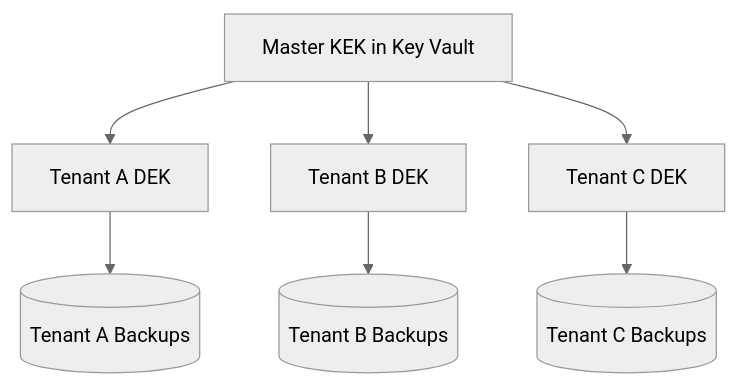
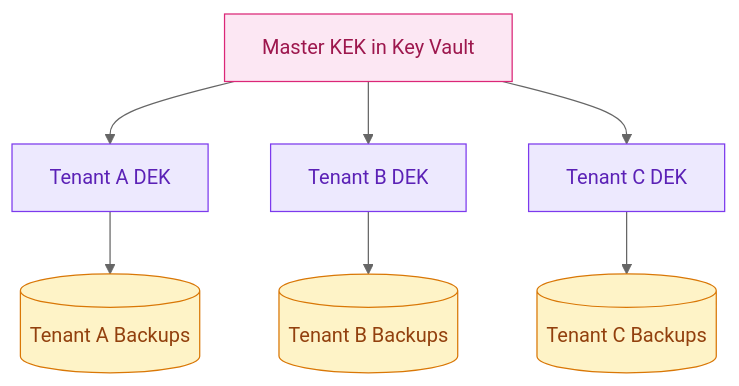
The second of 3 diagrams in docs/SECURITY.md (gpatwa/m365-vault), drawn with Mermaid (neutral theme) before and after one commit. The commit also changed other lines of this file and 2 other files, not shown here.

First line of the commit message:
fix: bigger diagrams + colors on all Security doc Mermaid charts

````diff
--- a/docs/SECURITY.md
+++ b/docs/SECURITY.md
@@ -31,9 +36,12 @@
 ```mermaid
 graph TB
-    KEK[Master KEK in Key Vault] --> DEK1[Tenant A DEK]
-    KEK --> DEK2[Tenant B DEK]
-    KEK --> DEK3[Tenant C DEK]
-    DEK1 --> Data1[(Tenant A Backups)]
-    DEK2 --> Data2[(Tenant B Backups)]
-    DEK3 --> Data3[(Tenant C Backups)]
+    KEK[Master KEK in Key Vault]:::master --> DEK1[Tenant A DEK]:::key
+    KEK --> DEK2[Tenant B DEK]:::key
+    KEK --> DEK3[Tenant C DEK]:::key
+    DEK1 --> Data1[(Tenant A Backups)]:::data
+    DEK2 --> Data2[(Tenant B Backups)]:::data
+    DEK3 --> Data3[(Tenant C Backups)]:::data
+    classDef master fill:#fce7f3,stroke:#db2777,color:#9d174d
+    classDef key fill:#ede9fe,stroke:#7c3aed,color:#5b21b6
+    classDef data fill:#fef3c7,stroke:#d97706,color:#92400e
 ```
````
